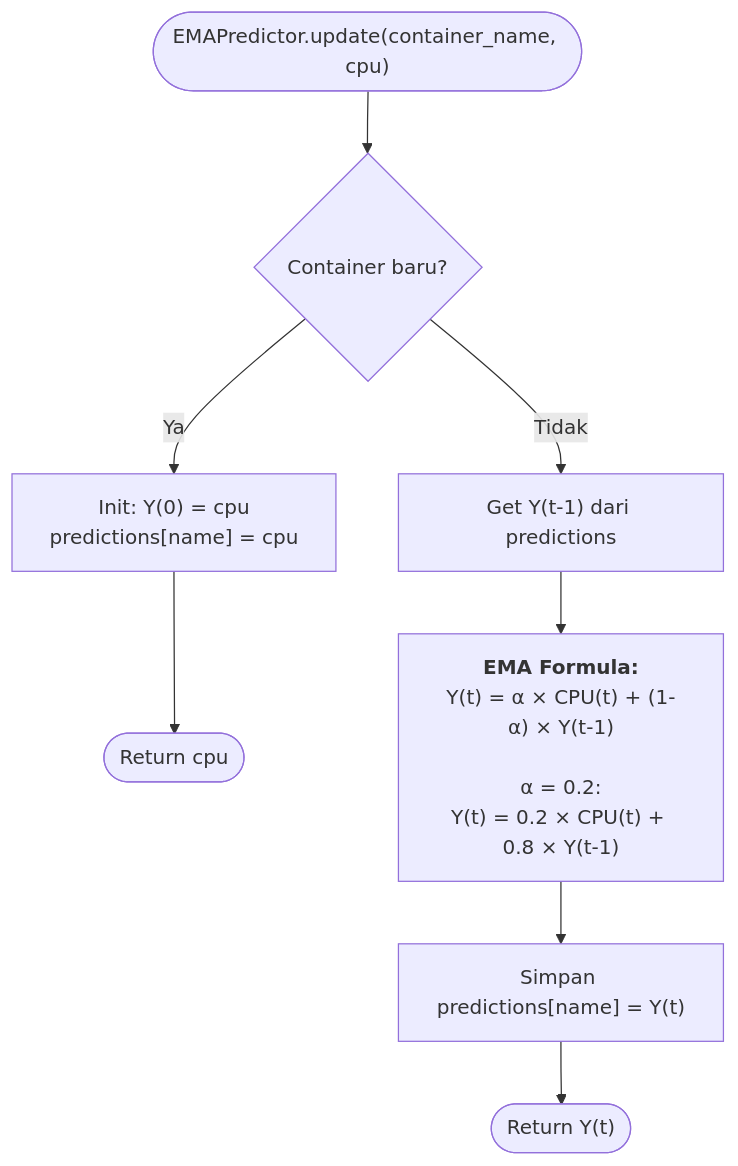
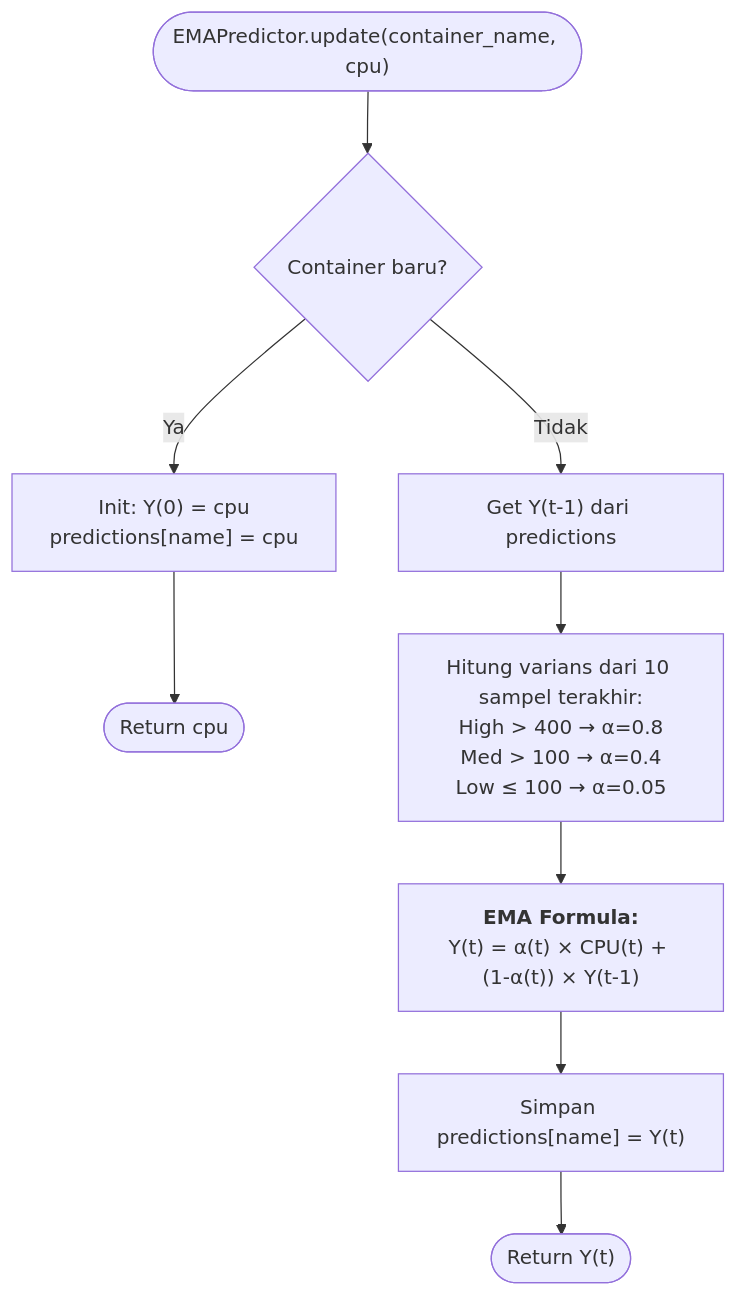
One commit to fauzanreza/green-container-framework changed the first of 4 diagrams in architecture-diagrams/layer-3-control/03_ema_predictor.md. Above: the diagram before and after it, drawn with Mermaid. The commit also changed other lines of this file and 51 other files, not shown here.

````diff
--- a/architecture-diagrams/layer-3-control/03_ema_predictor.md
+++ b/architecture-diagrams/layer-3-control/03_ema_predictor.md
@@ -9,24 +9,27 @@
 ```mermaid
 flowchart TD
     START(["EMAPredictor.update(container_name, cpu)"])
 
     FIRST{"Container baru?"}
     INIT["Init: Y(0) = cpu<br/>predictions[name] = cpu"]
     RETURN_INIT(["Return cpu"])
 
     GET_PREV["Get Y(t-1) dari predictions"]
+    
+    CALC_VAR["Hitung varians dari 10 sampel terakhir:<br/>High > 400 → α=0.8<br/>Med > 100 → α=0.4<br/>Low ≤ 100 → α=0.05"]
 
-    CALC["<b>EMA Formula:</b><br/>Y(t) = α × CPU(t) + (1-α) × Y(t-1)<br/><br/>α = 0.2:<br/>Y(t) = 0.2 × CPU(t) + 0.8 × Y(t-1)"]
+    CALC["<b>EMA Formula:</b><br/>Y(t) = α(t) × CPU(t) + (1-α(t)) × Y(t-1)"]
 
     SAVE["Simpan predictions[name] = Y(t)"]
 
     RETURN(["Return Y(t)"])
 
     START --> FIRST
     FIRST -->|Ya| INIT
     INIT --> RETURN_INIT
     FIRST -->|Tidak| GET_PREV
-    GET_PREV --> CALC
+    GET_PREV --> CALC_VAR
+    CALC_VAR --> CALC
     CALC --> SAVE
     SAVE --> RETURN
 ```
````
